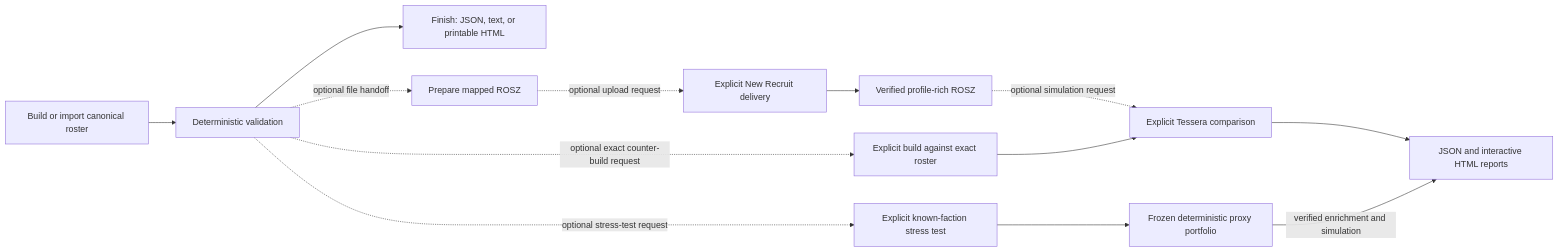
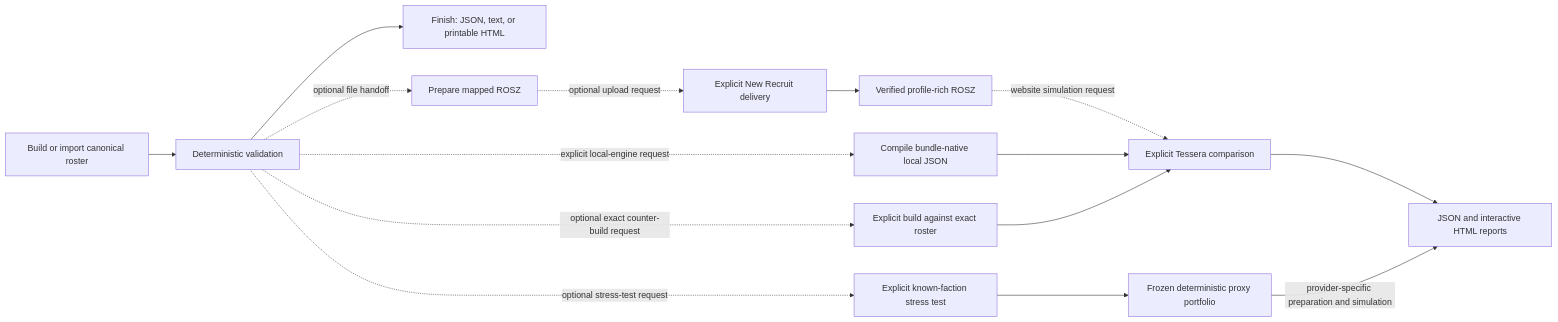
One commit to jrichyrich/new_recruit changed the first of 6 diagrams in docs/architecture.md. Above: the diagram before and after it, drawn with Mermaid. The commit also changed other lines of this file and 14 other files, not shown here.

Commit message:
Add bundle-native local Tessera testing

````diff
--- a/docs/architecture.md
+++ b/docs/architecture.md
@@ -36,27 +36,30 @@
 ```mermaid
 flowchart LR
     build["Build or import canonical roster"]
     validate["Deterministic validation"]
     finish["Finish: JSON, text, or printable HTML"]
     handoff["Prepare mapped ROSZ"]
     deliver["Explicit New Recruit delivery"]
     enrich["Verified profile-rich ROSZ"]
+    localCompile["Compile bundle-native local JSON"]
     compare["Explicit Tessera comparison"]
     counter["Explicit build against exact roster"]
     stress["Explicit known-faction stress test"]
     portfolio["Frozen deterministic proxy portfolio"]
     report["JSON and interactive HTML reports"]
 
     build --> validate
     validate --> finish
     validate -. "optional file handoff" .-> handoff
     handoff -. "optional upload request" .-> deliver
     deliver --> enrich
-    enrich -. "optional simulation request" .-> compare
+    enrich -. "website simulation request" .-> compare
+    validate -. "explicit local-engine request" .-> localCompile
+    localCompile --> compare
     compare --> report
     validate -. "optional exact counter-build request" .-> counter
     counter --> compare
     validate -. "optional stress-test request" .-> stress
     stress --> portfolio
-    portfolio -->|"verified enrichment and simulation"| report
+    portfolio -->|"provider-specific preparation and simulation"| report
 ```
````
